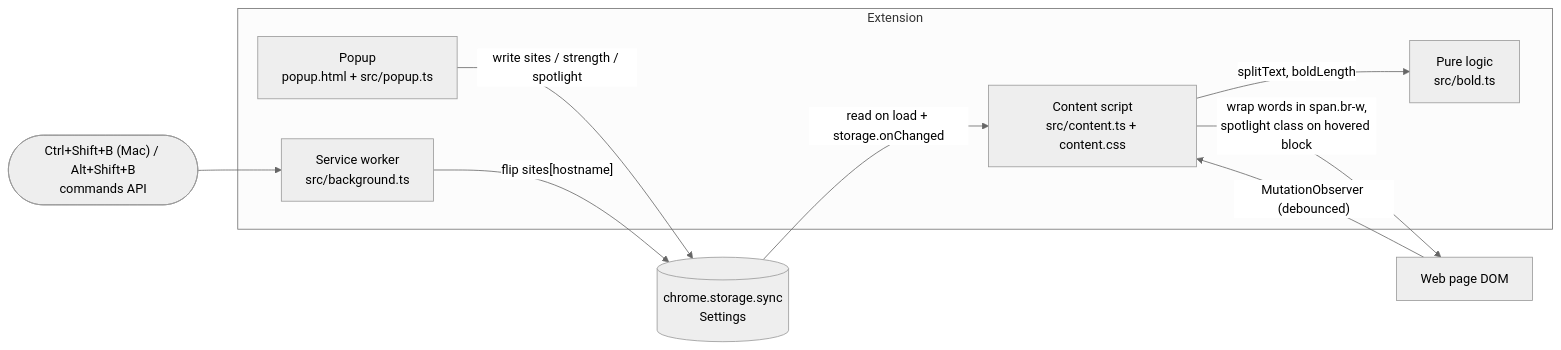
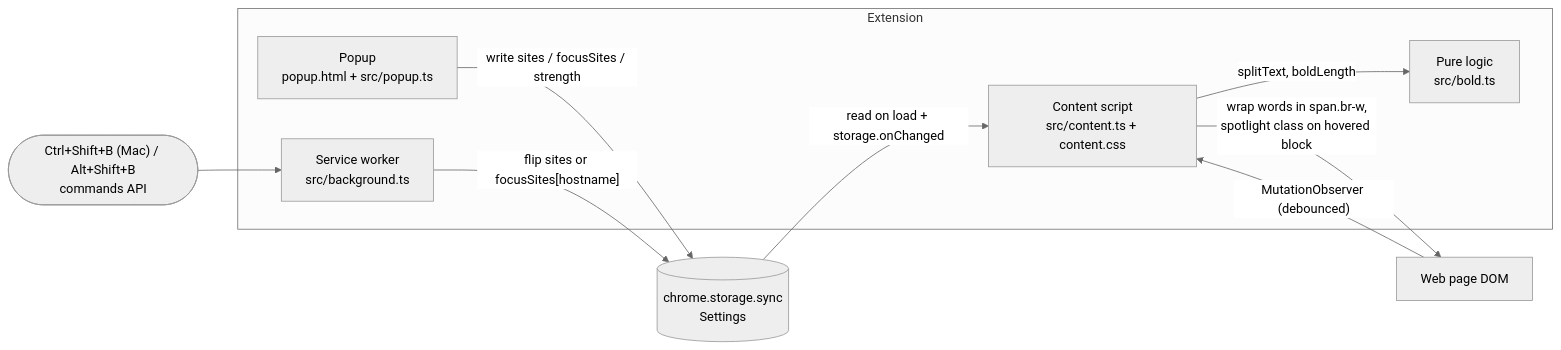
The first of 2 diagrams in docs/architecture.md (builtbyd3v/kuro), drawn with Mermaid (neutral theme) before and after one commit. The commit also changed other lines of this file and 11 other files, not shown here.

````diff
--- a/docs/architecture.md
+++ b/docs/architecture.md
@@ -5,20 +5,20 @@
 ```mermaid
 flowchart LR
   subgraph Extension
     P["Popup<br/>popup.html + src/popup.ts"]
     B["Service worker<br/>src/background.ts"]
     C["Content script<br/>src/content.ts + content.css"]
     L["Pure logic<br/>src/bold.ts"]
   end
   S[("chrome.storage.sync<br/>Settings")]
   K(["Ctrl+Shift+B (Mac) / Alt+Shift+B<br/>commands API"])
   D["Web page DOM"]
 
-  P -- "write sites / strength / spotlight" --> S
+  P -- "write sites / focusSites / strength" --> S
   K --> B
-  B -- "flip sites[hostname]" --> S
+  B -- "flip sites or focusSites[hostname]" --> S
   S -- "read on load + storage.onChanged" --> C
   C -- "splitText, boldLength" --> L
   C -- "wrap words in span.br-w,<br/>spotlight class on hovered block" --> D
   D -- "MutationObserver (debounced)" --> C
 ```
````
